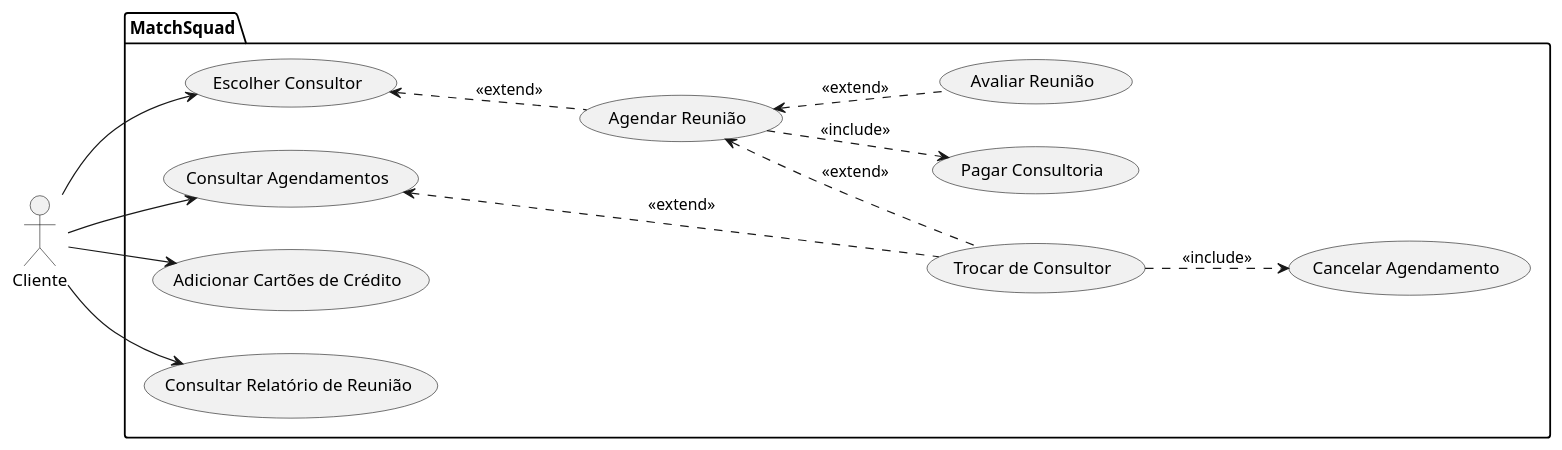
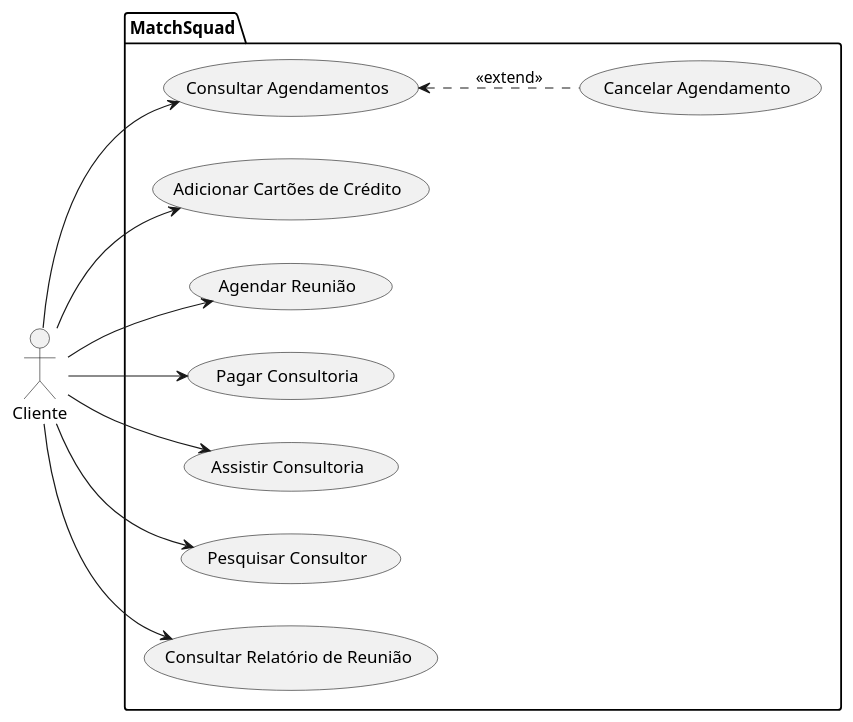
One commit to Gabriel-Alves02/MatchSquad changed the diagram in Docs/FullStack/Homepage, Cadastros e Login/use-cases-cliente.puml. Above: the diagram before and after it, drawn with PlantUML. The commit also changed 6 other files, not shown here.

```diff
--- a/Docs/FullStack/Homepage, Cadastros e Login/use-cases-cliente.puml
+++ b/Docs/FullStack/Homepage, Cadastros e Login/use-cases-cliente.puml
@@ -1,31 +1,33 @@
 @startuml "Cliente use-cases"
 left to right direction
 actor Cliente as C
 
 package MatchSquad {
 
     usecase "Adicionar Cartões de Crédito" as UC1
     usecase "Agendar Reunião" as UC2
     usecase "Pagar Consultoria" as UC3
     usecase "Cancelar Agendamento" as UC4
-    usecase "Avaliar Reunião" as UC5
-    usecase "Trocar de Consultor" as UC6
+    usecase "Assistir Consultoria" as UC5
     usecase "Consultar Agendamentos" as UC7
-    usecase "Escolher Consultor" as UC8
+    usecase "Pesquisar Consultor" as UC8
+    usecase "Consultar Agendamento" as UC9
+    usecase "Avaliar Consultaria" as UC9
     usecase "Consultar Relatório de Reunião" as UC9
 
 }
 
+C --> UC9
 C --> UC1
+C --> UC2
+C --> UC3
+C --> UC5
 C --> UC7
 C --> UC8
-C --> UC9
 
-(UC4)<.up.(UC6): <<include>>
-(UC5).up.>(UC2): <<extend>>
-(UC6).up.>(UC2): <<extend>>
-(UC6)..up.>(UC7): <<extend>>
-(UC3)<.up.(UC2): <<include>>
-(UC2).up.>(UC8): <<extend>>
+
+
+(UC4).up.>(UC7): <<extend>>
+
 
 @enduml
```
